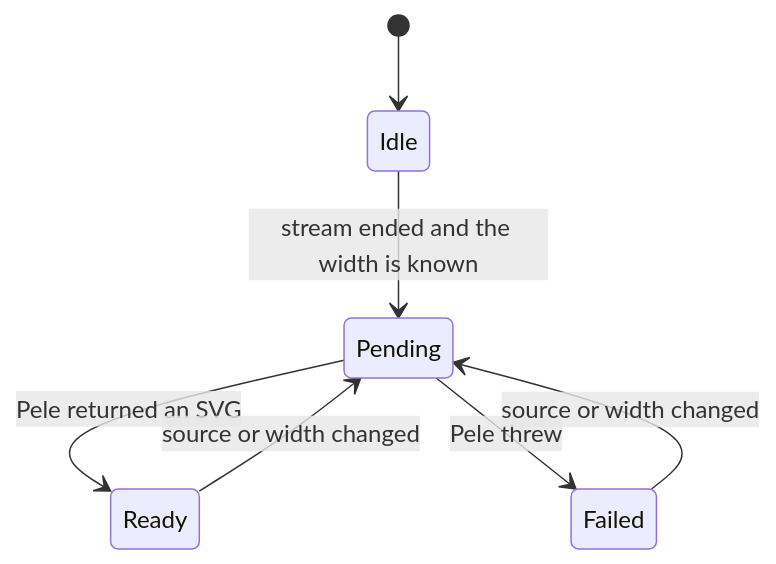
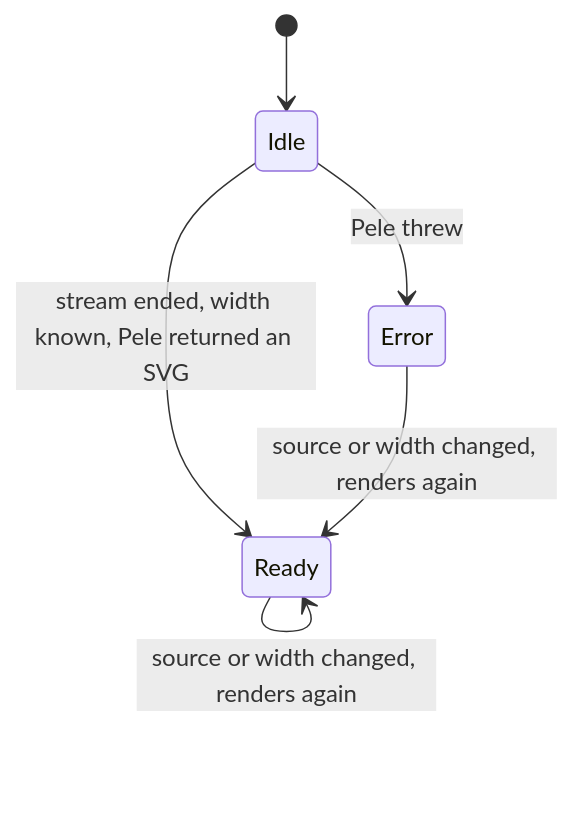
One commit to tamnt1707/siftlume changed the second of 2 diagrams in openwiki/integrations/mermaid-diagrams.md. Above: the diagram before and after it, drawn with Mermaid. The commit also changed other lines of this file and 33 other files, not shown here.

````diff
--- a/openwiki/integrations/mermaid-diagrams.md
+++ b/openwiki/integrations/mermaid-diagrams.md
@@ -135,9 +150,8 @@
 ```mermaid
 stateDiagram-v2
   [*] --> Idle
-  Idle --> Pending: stream ended and the width is known
-  Pending --> Ready: Pele returned an SVG
-  Pending --> Failed: Pele threw
-  Ready --> Pending: source or width changed
-  Failed --> Pending: source or width changed
+  Idle --> Ready: stream ended, width known, Pele returned an SVG
+  Idle --> Error: Pele threw
+  Ready --> Ready: source or width changed, renders again
+  Error --> Ready: source or width changed, renders again
 ```
````
